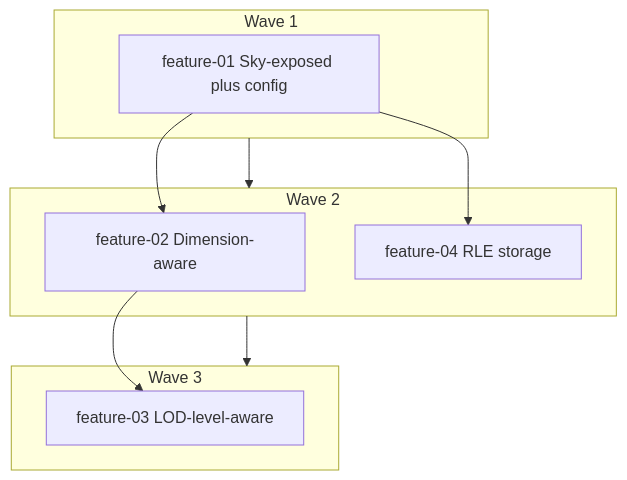
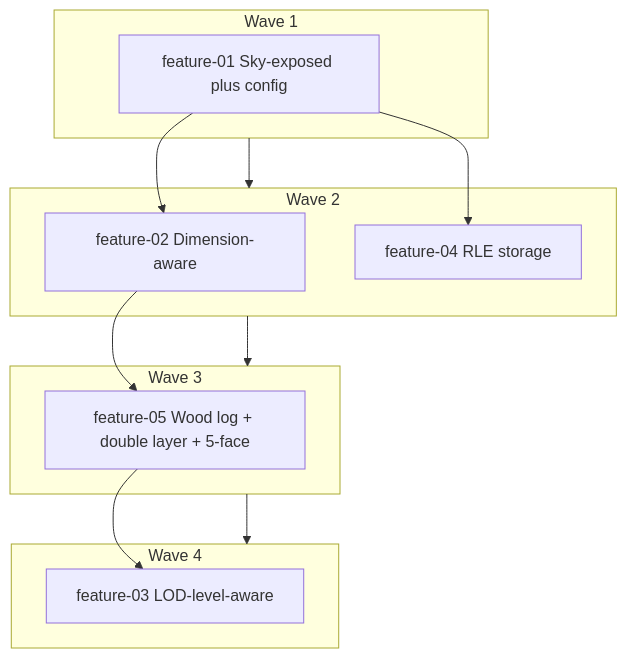
The diagram in .cursor/plans/lod-compression-implementation-plan.md (marcuswu5/voxy), drawn with Mermaid before and after one commit. The commit also changed other lines of this file and 14 other files, not shown here.

````diff
--- a/.cursor/plans/lod-compression-implementation-plan.md
+++ b/.cursor/plans/lod-compression-implementation-plan.md
@@ -41,18 +43,23 @@
 ```mermaid
 flowchart TB
   subgraph wave1 [Wave 1]
     F01[feature-01 Sky-exposed plus config]
   end
   subgraph wave2 [Wave 2]
     F02[feature-02 Dimension-aware]
     F04[feature-04 RLE storage]
   end
   subgraph wave3 [Wave 3]
+    F05[feature-05 Wood log + double layer + 5-face]
+  end
+  subgraph wave4 [Wave 4]
     F03[feature-03 LOD-level-aware]
   end
   wave1 --> wave2
   wave2 --> wave3
+  wave3 --> wave4
   F01 --> F02
   F01 --> F04
-  F02 --> F03
+  F02 --> F05
+  F05 --> F03
 ```
````
